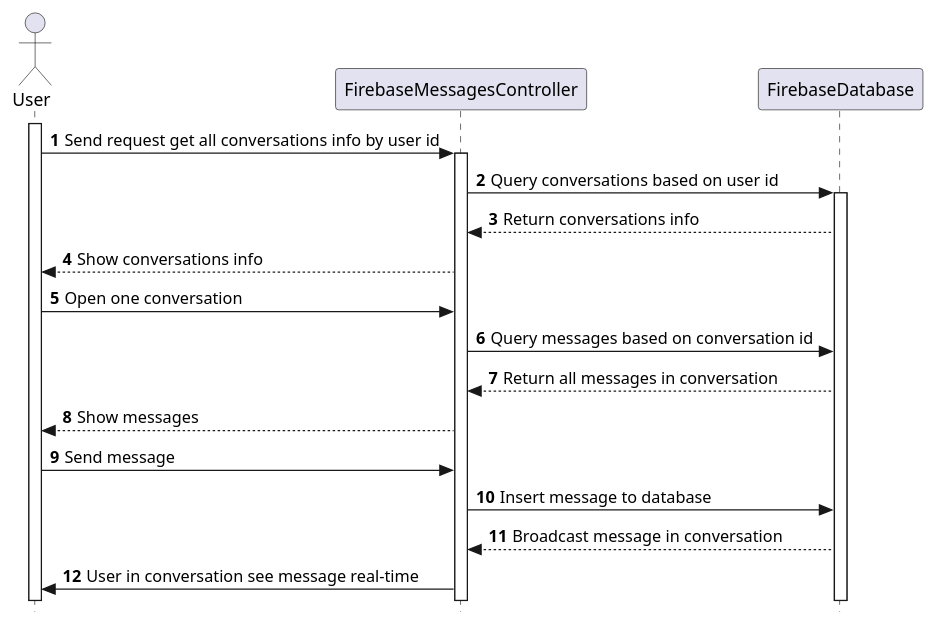
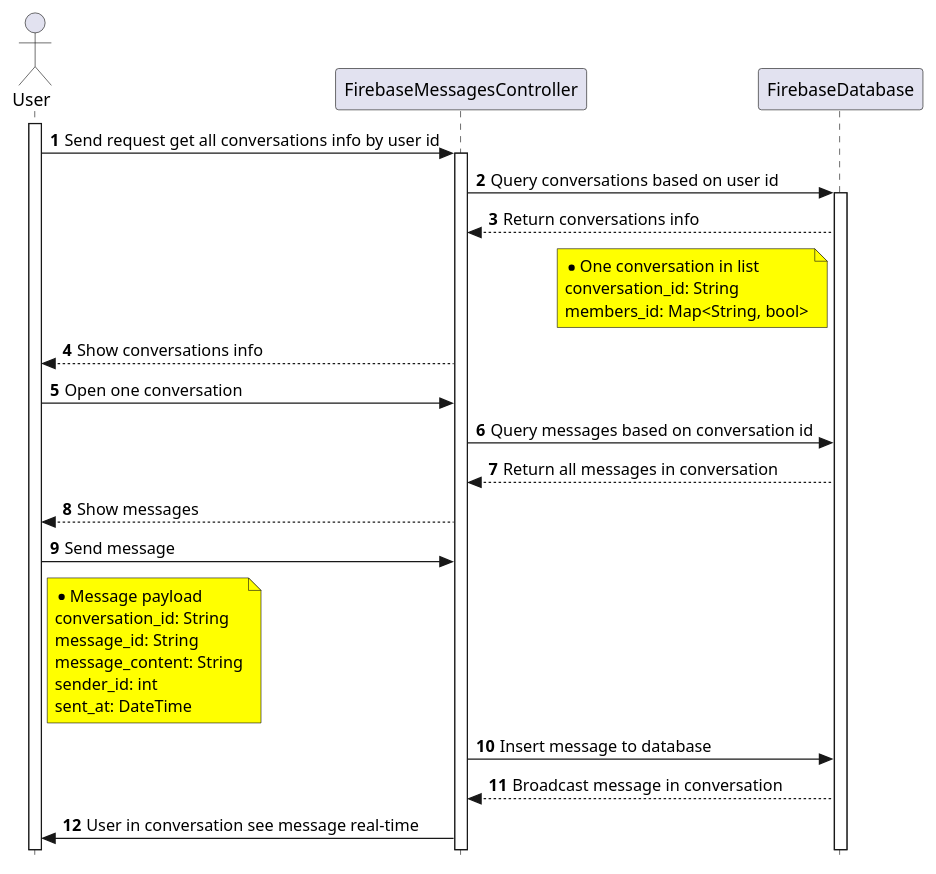
Before and after one commit to techcomrade/fmECG: the diagram in diagram/sequence/mobile_app/design_send_receive_message.pu, drawn with PlantUML. The commit also changed 7 other files, not shown here.

```diff
--- a/diagram/sequence/mobile_app/design_send_receive_message.pu
+++ b/diagram/sequence/mobile_app/design_send_receive_message.pu
@@ -2,39 +2,54 @@
 @startuml
 
 
 skinparam style strictuml
 
 ' skinparam lifelineStrategy solid
 
 ' skinparam ParticipantPadding 20
 
 ' skinparam BoxPadding 10
 
 autonumber
 
 actor User as User
 participant FirebaseMessagesController as FirebaseMessagesController
 participant FirebaseDatabase as FirebaseDatabase
 
 activate User
 User -> FirebaseMessagesController: Send request get all conversations info by user id
 activate FirebaseMessagesController
 FirebaseMessagesController -> FirebaseDatabase: Query conversations based on user id
 activate FirebaseDatabase
+
 FirebaseDatabase --> FirebaseMessagesController: Return conversations info
+note left of FirebaseDatabase #Yellow
+* One conversation in list
+conversation_id: String
+members_id: Map<String, bool>
+end note
 FirebaseMessagesController --> User: Show conversations info
 ' notes
 
 User -> FirebaseMessagesController: Open one conversation
 FirebaseMessagesController -> FirebaseDatabase: Query messages based on conversation id
 FirebaseDatabase --> FirebaseMessagesController: Return all messages in conversation
 FirebaseMessagesController --> User: Show messages
 ' notes
 
 User -> FirebaseMessagesController: Send message
 'notes
+note right of User #Yellow
+* Message payload
+conversation_id: String
+message_id: String
+message_content: String
+sender_id: int
+sent_at: DateTime
+end note
+
 FirebaseMessagesController -> FirebaseDatabase: Insert message to database
 FirebaseDatabase --> FirebaseMessagesController: Broadcast message in conversation
 FirebaseMessagesController -> User: User in conversation see message real-time
 
 @enduml
```
